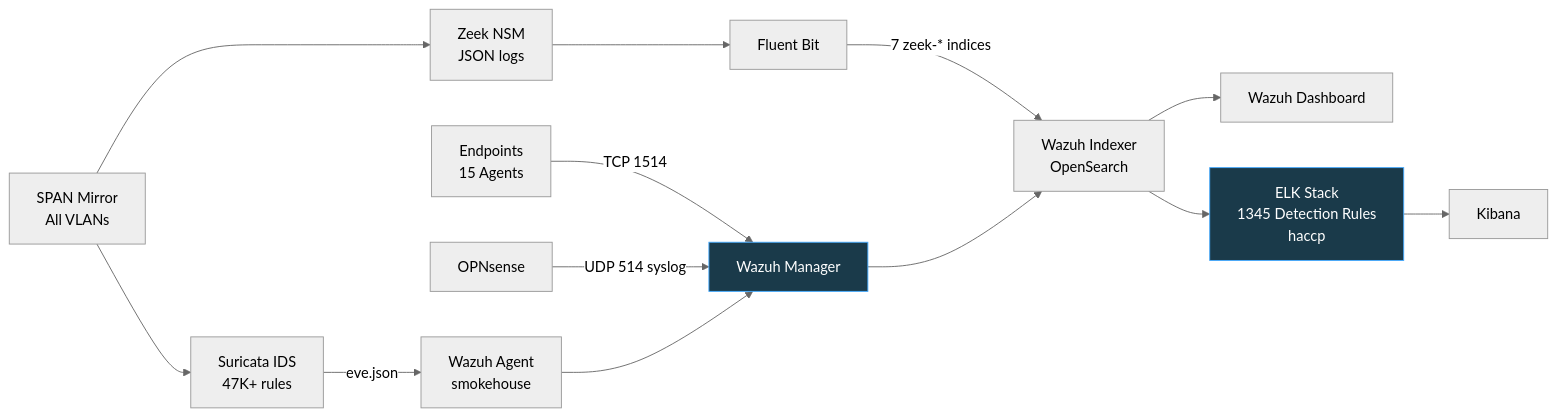
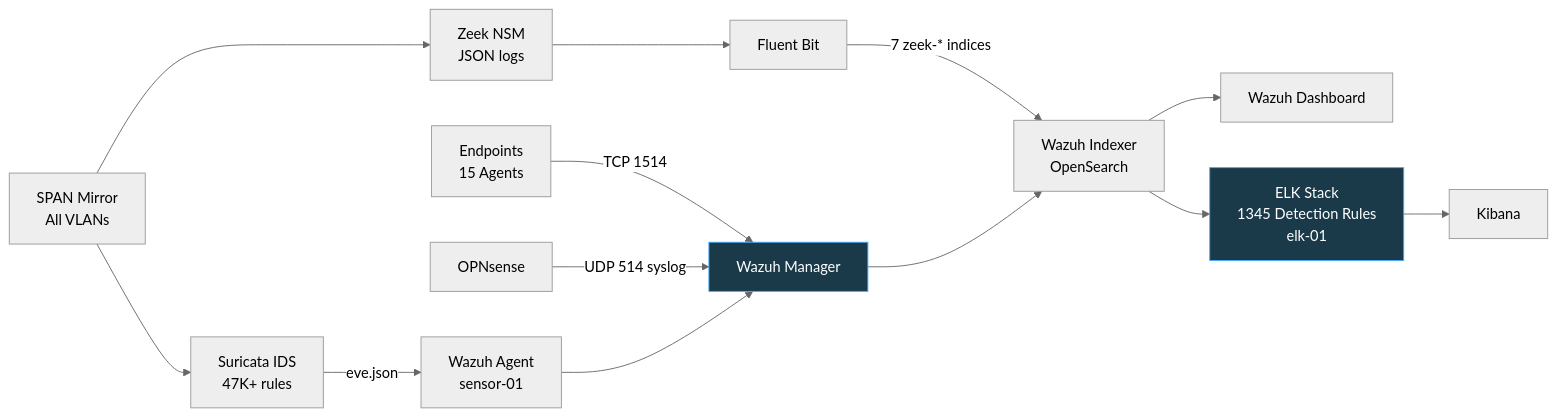
Before and after one commit to brianchaplow/HomeLab-SOC-v3: the first of 5 diagrams in docs/architecture.md, drawn with Mermaid (neutral theme). The commit also changed other lines of this file and 73 other files, not shown here.

````diff
--- a/docs/architecture.md
+++ b/docs/architecture.md
@@ -433,20 +433,20 @@
 ```mermaid
 flowchart LR
     SPAN[SPAN Mirror<br/>All VLANs] --> SUR[Suricata IDS<br/>47K+ rules]
     SPAN --> ZK[Zeek NSM<br/>JSON logs]
 
-    SUR -->|eve.json| WA1[Wazuh Agent<br/>smokehouse]
+    SUR -->|eve.json| WA1[Wazuh Agent<br/>sensor-01]
     ZK --> FB[Fluent Bit] -->|7 zeek-* indices| WI[Wazuh Indexer<br/>OpenSearch]
 
     EP[Endpoints<br/>15 Agents] -->|TCP 1514| WM[Wazuh Manager]
     OPN[OPNsense] -->|UDP 514 syslog| WM
     WA1 --> WM
 
     WM --> WI --> WD[Wazuh Dashboard]
 
-    WI --> ELK[ELK Stack<br/>1345 Detection Rules<br/>haccp]
+    WI --> ELK[ELK Stack<br/>1345 Detection Rules<br/>elk-01]
     ELK --> KIB[Kibana]
 
     style WM fill:#1a3a4a,stroke:#44aaff,color:#ffffff
     style ELK fill:#1a3a4a,stroke:#44aaff,color:#ffffff
 ```
````
